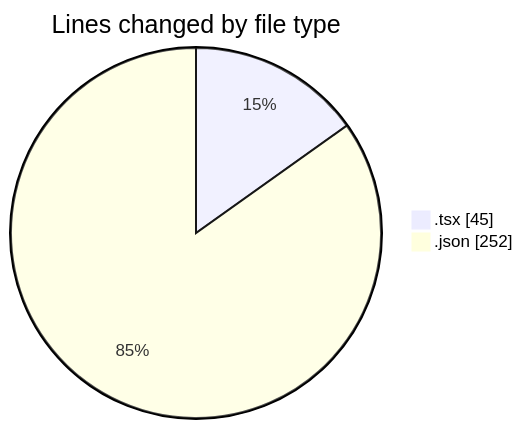
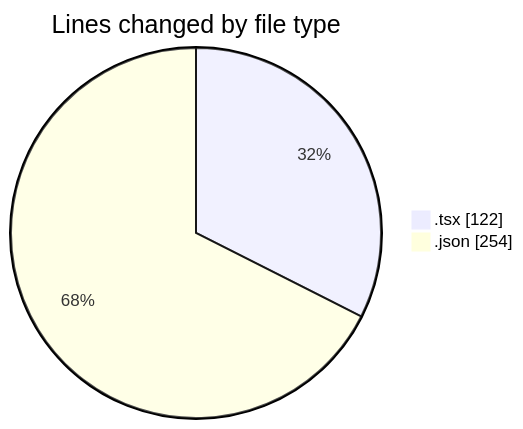
One commit to momahboobian/code-tracking changed the first of 2 diagrams in 2026-04-14/cda/README.md. Above: the diagram before and after it, drawn with Mermaid. The commit also changed other lines of this file and 1 other file, not shown here.

````diff
--- a/2026-04-14/cda/README.md
+++ b/2026-04-14/cda/README.md
@@ -22,6 +23,6 @@
 ```mermaid
 pie showData
 title Lines changed by file type
-".tsx" : 45
-".json" : 252
+".tsx" : 122
+".json" : 254
 ```
````
